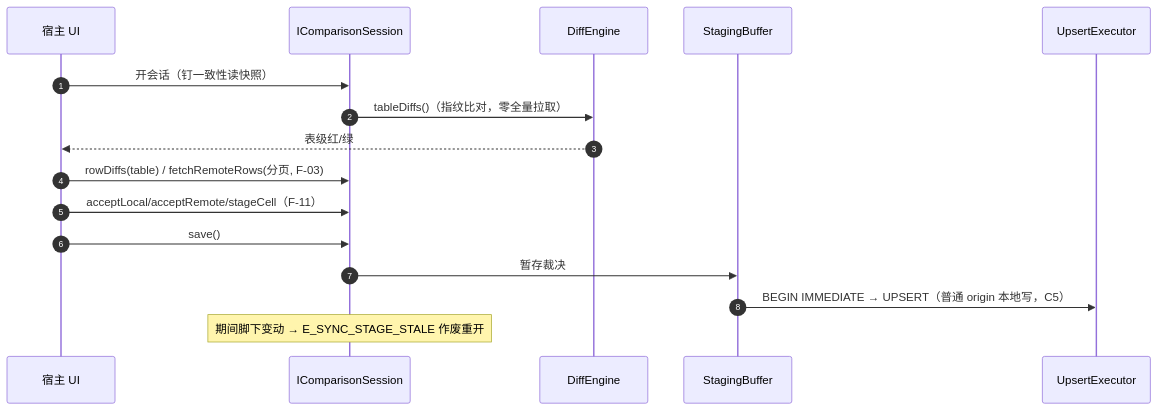
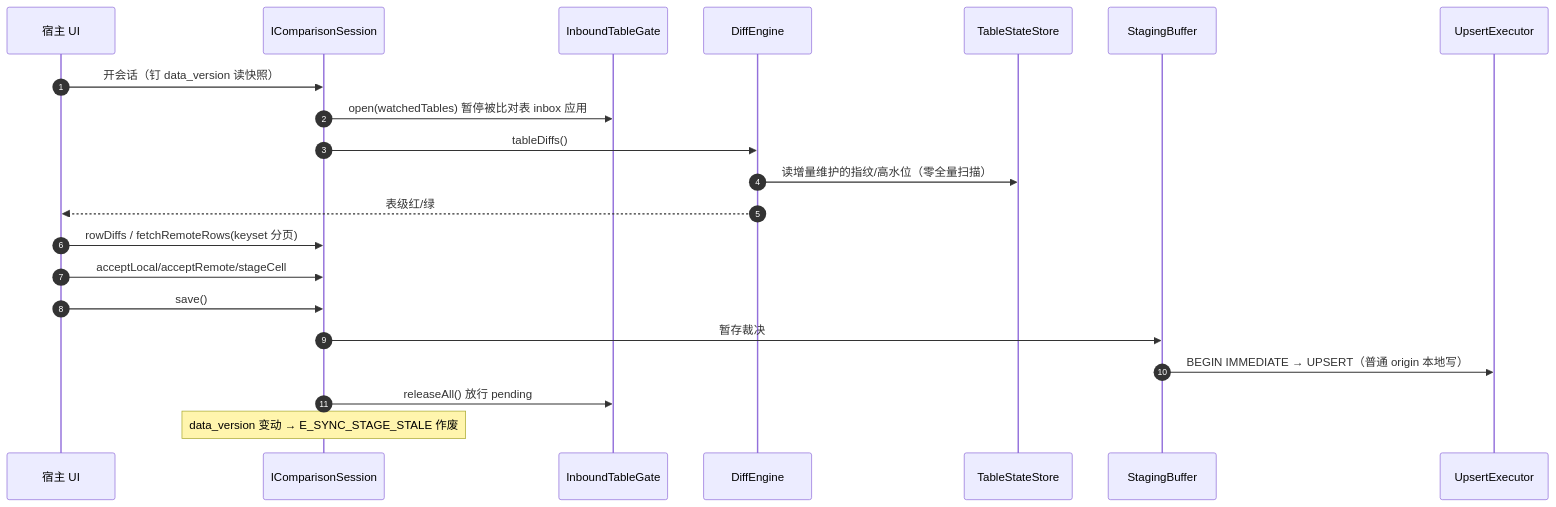
Before and after one commit to 055liufl/excelproject: the tenth of 12 diagrams in specs/SQLite-同步工具-设计文档.md, drawn with Mermaid. The commit also changed other lines of this file, not shown here.

````diff
--- a/specs/SQLite-同步工具-设计文档.md
+++ b/specs/SQLite-同步工具-设计文档.md
@@ -788,19 +807,24 @@
 ```mermaid
 sequenceDiagram
     autonumber
     participant UI as 宿主 UI
     participant CS as IComparisonSession
+    participant GATE as InboundTableGate
     participant DE as DiffEngine
+    participant TSt as TableStateStore
     participant STG as StagingBuffer
     participant UX as UpsertExecutor
 
-    UI->>CS: 开会话（钉一致性读快照）
-    CS->>DE: tableDiffs()（指纹比对，零全量拉取）
+    UI->>CS: 开会话（钉 data_version 读快照）
+    CS->>GATE: open(watchedTables) 暂停被比对表 inbox 应用
+    CS->>DE: tableDiffs()
+    DE->>TSt: 读增量维护的指纹/高水位（零全量扫描）
     DE-->>UI: 表级红/绿
-    UI->>CS: rowDiffs(table) / fetchRemoteRows(分页, F-03)
-    UI->>CS: acceptLocal/acceptRemote/stageCell（F-11）
+    UI->>CS: rowDiffs / fetchRemoteRows(keyset 分页)
+    UI->>CS: acceptLocal/acceptRemote/stageCell
     UI->>CS: save()
     CS->>STG: 暂存裁决
-    STG->>UX: BEGIN IMMEDIATE → UPSERT（普通 origin 本地写，C5）
-    Note over CS: 期间脚下变动 → E_SYNC_STAGE_STALE 作废重开
+    STG->>UX: BEGIN IMMEDIATE → UPSERT（普通 origin 本地写）
+    CS->>GATE: releaseAll() 放行 pending
+    Note over CS: data_version 变动 → E_SYNC_STAGE_STALE 作废
 ```
````
